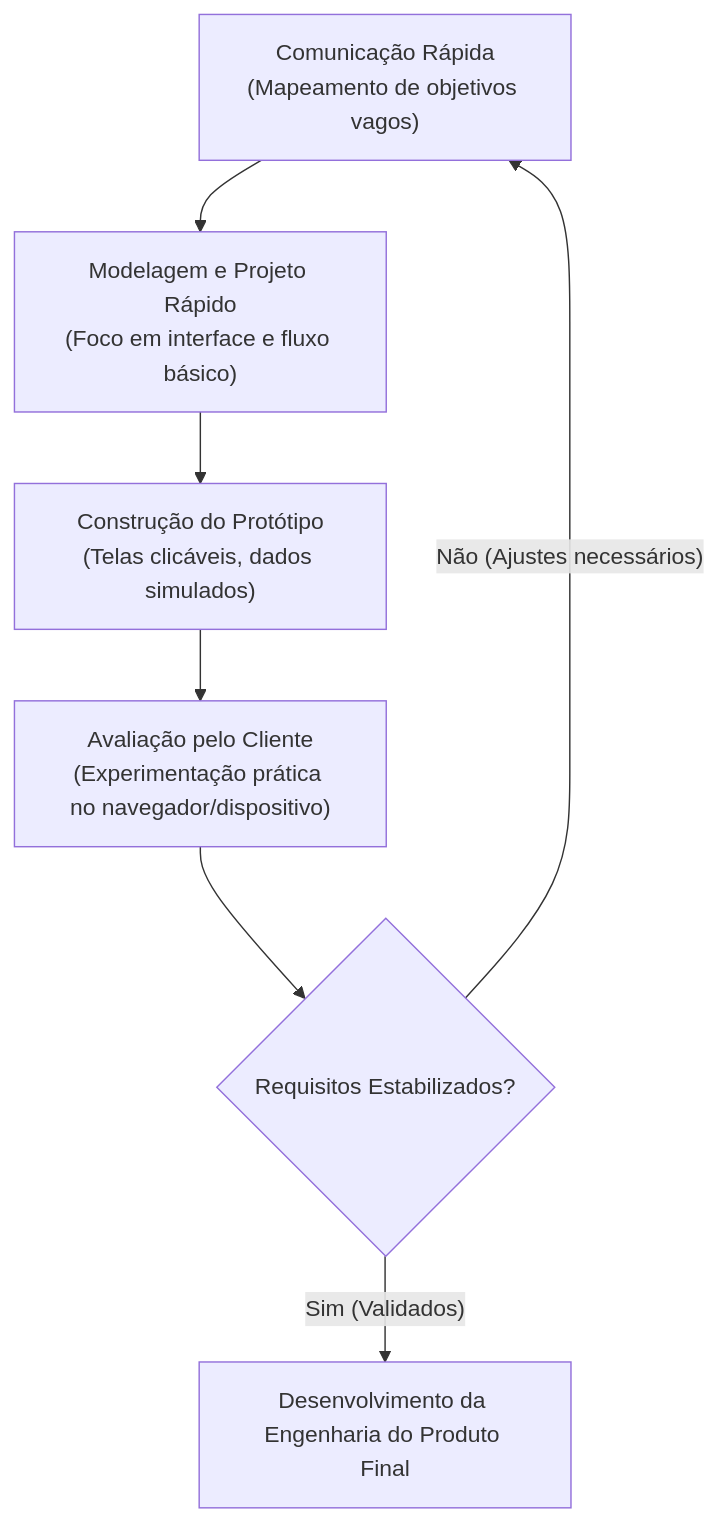
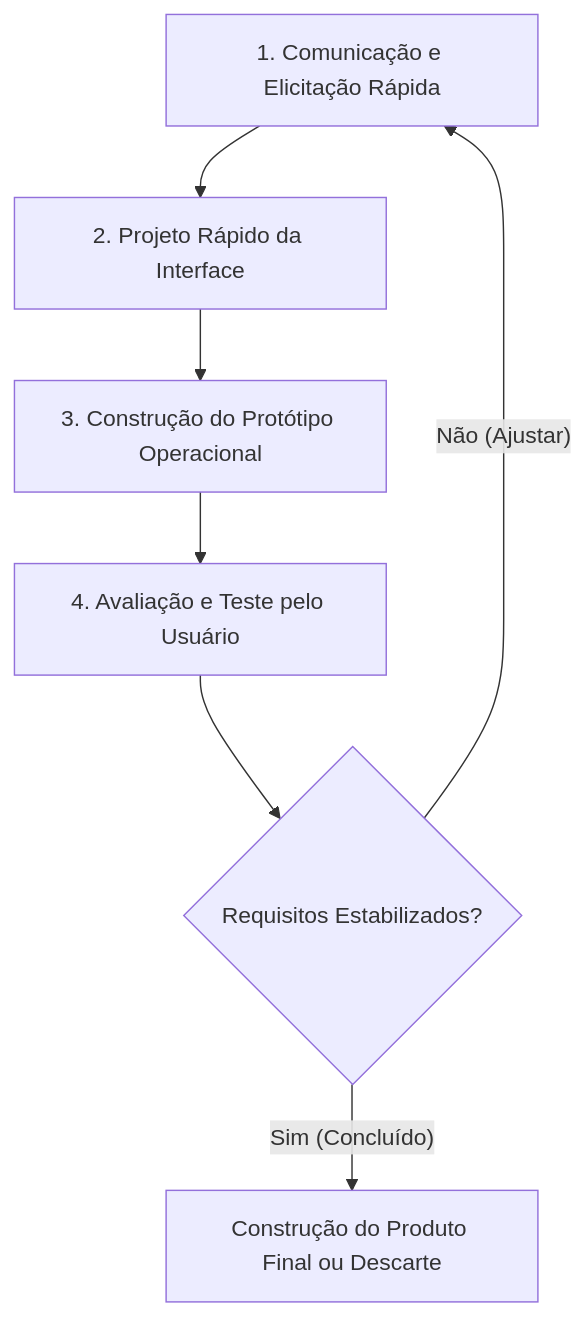
One commit to murilolol/unifef changed the ninth of 35 diagrams in 3º Semestre/[Prof. Marcelo Boer] Engenharia de Software I/Resumos-IA/Simulados-Comentados.md. Above: the diagram before and after it, drawn with Mermaid. The commit also changed other lines of this file and 40 other files, not shown here.

````diff
--- a/3º Semestre/[Prof. Marcelo Boer] Engenharia de Software I/Resumos-IA/Simulados-Comentados.md
+++ b/3º Semestre/[Prof. Marcelo Boer] Engenharia de Software I/Resumos-IA/Simulados-Comentados.md
@@ -259,9 +319,9 @@
 ```mermaid
 flowchart TD
-    ComRap["Comunicação Rápida\n(Mapeamento de objetivos vagos)"] --> ModRap["Modelagem e Projeto Rápido\n(Foco em interface e fluxo básico)"]
-    ModRap --> ConstProt["Construção do Protótipo\n(Telas clicáveis, dados simulados)"]
-    ConstProt --> AvalProt["Avaliação pelo Cliente\n(Experimentação prática no navegador/dispositivo)"]
-    AvalProt --> Decisao{"Requisitos Estabilizados?"}
-    Decisao -- "Não (Ajustes necessários)" --> ComRap
-    Decisao -- "Sim (Validados)" --> ProdFinal["Desenvolvimento da Engenharia do Produto Final"]
+    Ouvir["1. Comunicação e Elicitação Rápida"] --> Projeto["2. Projeto Rápido da Interface"]
+    Projeto --> Const["3. Construção do Protótipo Operacional"]
+    Const --> Aval["4. Avaliação e Teste pelo Usuário"]
+    Aval --> Decisao{"Requisitos Estabilizados?"}
+    Decisao -- "Não (Ajustar)" --> Ouvir
+    Decisao -- "Sim (Concluído)" --> Final["Construção do Produto Final ou Descarte"]
 ```
````
